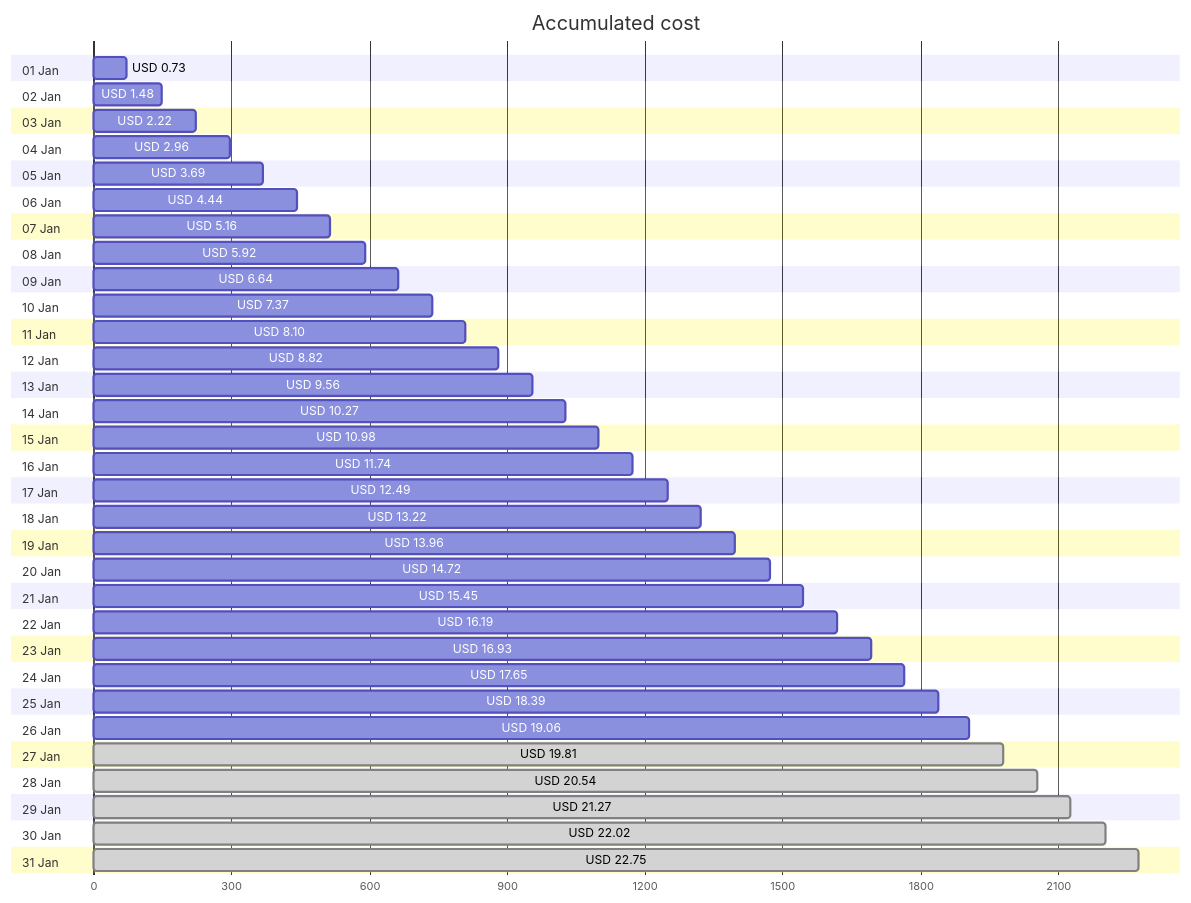
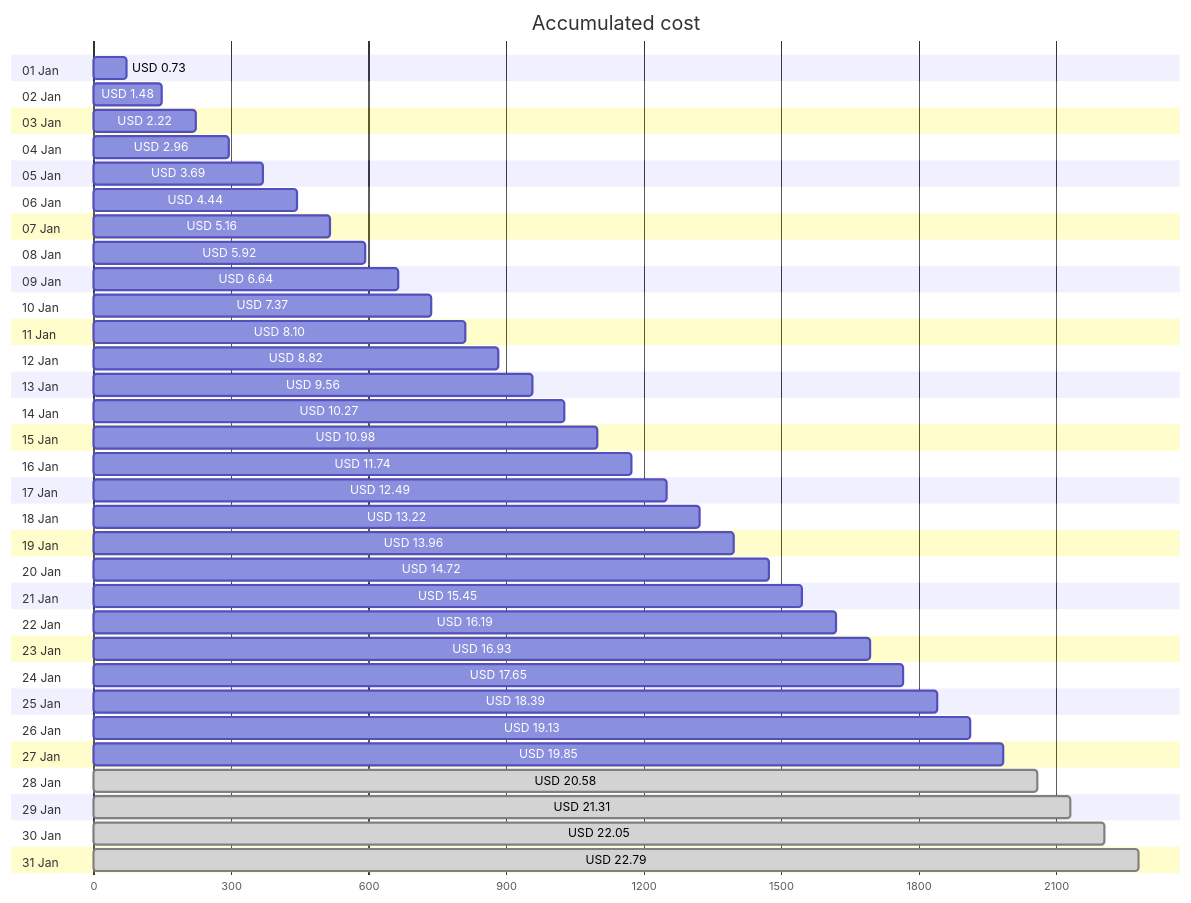
One commit to jpfulton/azure-personal-reports changed the first of 4 diagrams in cost-reports/personal-network/backup-server-data-disk.md. Above: the diagram before and after it, drawn with Mermaid. The commit also changed other lines of this file and 8 other files, not shown here.

````diff
--- a/cost-reports/personal-network/backup-server-data-disk.md
+++ b/cost-reports/personal-network/backup-server-data-disk.md
@@ -20,68 +20,68 @@
 ```mermaid
 gantt
    title Accumulated cost
    dateFormat  X
    axisFormat %s
    section 01 Jan
    USD 0.73 :0, 73
    section 02 Jan
    USD 1.48 :0, 148
    section 03 Jan
    USD 2.22 :0, 222
    section 04 Jan
    USD 2.96 :0, 296
    section 05 Jan
    USD 3.69 :0, 369
    section 06 Jan
    USD 4.44 :0, 444
    section 07 Jan
    USD 5.16 :0, 516
    section 08 Jan
    USD 5.92 :0, 592
    section 09 Jan
    USD 6.64 :0, 664
    section 10 Jan
    USD 7.37 :0, 737
    section 11 Jan
    USD 8.10 :0, 810
    section 12 Jan
    USD 8.82 :0, 882
    section 13 Jan
    USD 9.56 :0, 956
    section 14 Jan
    USD 10.27 :0, 1027
    section 15 Jan
    USD 10.98 :0, 1098
    section 16 Jan
    USD 11.74 :0, 1174
    section 17 Jan
    USD 12.49 :0, 1249
    section 18 Jan
    USD 13.22 :0, 1322
    section 19 Jan
    USD 13.96 :0, 1396
    section 20 Jan
    USD 14.72 :0, 1472
    section 21 Jan
    USD 15.45 :0, 1545
    section 22 Jan
    USD 16.19 :0, 1619
    section 23 Jan
    USD 16.93 :0, 1693
    section 24 Jan
    USD 17.65 :0, 1765
    section 25 Jan
    USD 18.39 :0, 1839
    section 26 Jan
-   USD 19.06 :0, 1906
+   USD 19.13 :0, 1913
    section 27 Jan
-   USD 19.81 : done, 0, 1981
+   USD 19.85 :0, 1985
    section 28 Jan
-   USD 20.54 : done, 0, 2054
+   USD 20.58 : done, 0, 2058
    section 29 Jan
-   USD 21.27 : done, 0, 2127
+   USD 21.31 : done, 0, 2131
    section 30 Jan
-   USD 22.02 : done, 0, 2202
+   USD 22.05 : done, 0, 2205
    section 31 Jan
-   USD 22.75 : done, 0, 2275
+   USD 22.79 : done, 0, 2279
 ```
````
